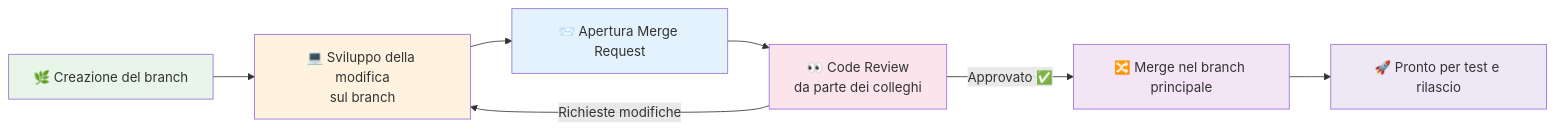
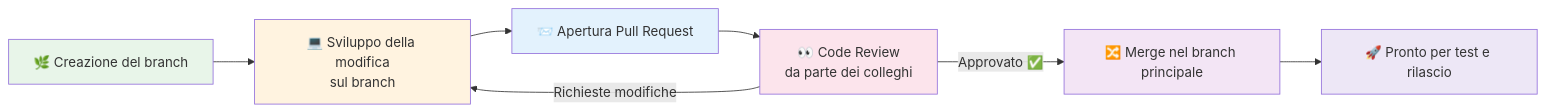
One commit to darioschioppi/corso-onboarding-devops changed the third of 3 diagrams in docs/03-come-nasce-un-software/README.md. Above: the diagram before and after it, drawn with Mermaid. The commit also changed other lines of this file and 52 other files, not shown here.

````diff
--- a/docs/03-come-nasce-un-software/README.md
+++ b/docs/03-come-nasce-un-software/README.md
@@ -305,16 +305,16 @@
 ```mermaid
 flowchart LR
     A[🌿 Creazione del branch] --> B[💻 Sviluppo della modifica<br/>sul branch]
-    B --> C[📨 Apertura Merge Request]
+    B --> C[📨 Apertura Pull Request]
     C --> D[👀 Code Review<br/>da parte dei colleghi]
     D -->|Richieste modifiche| B
     D -->|Approvato ✅| E[🔀 Merge nel branch principale]
     E --> F[🚀 Pronto per test e rilascio]
 
     style A fill:#e8f5e9
     style B fill:#fff3e0
     style C fill:#e3f2fd
     style D fill:#fce4ec
     style E fill:#f3e5f5
     style F fill:#ede7f6
 ```
````
